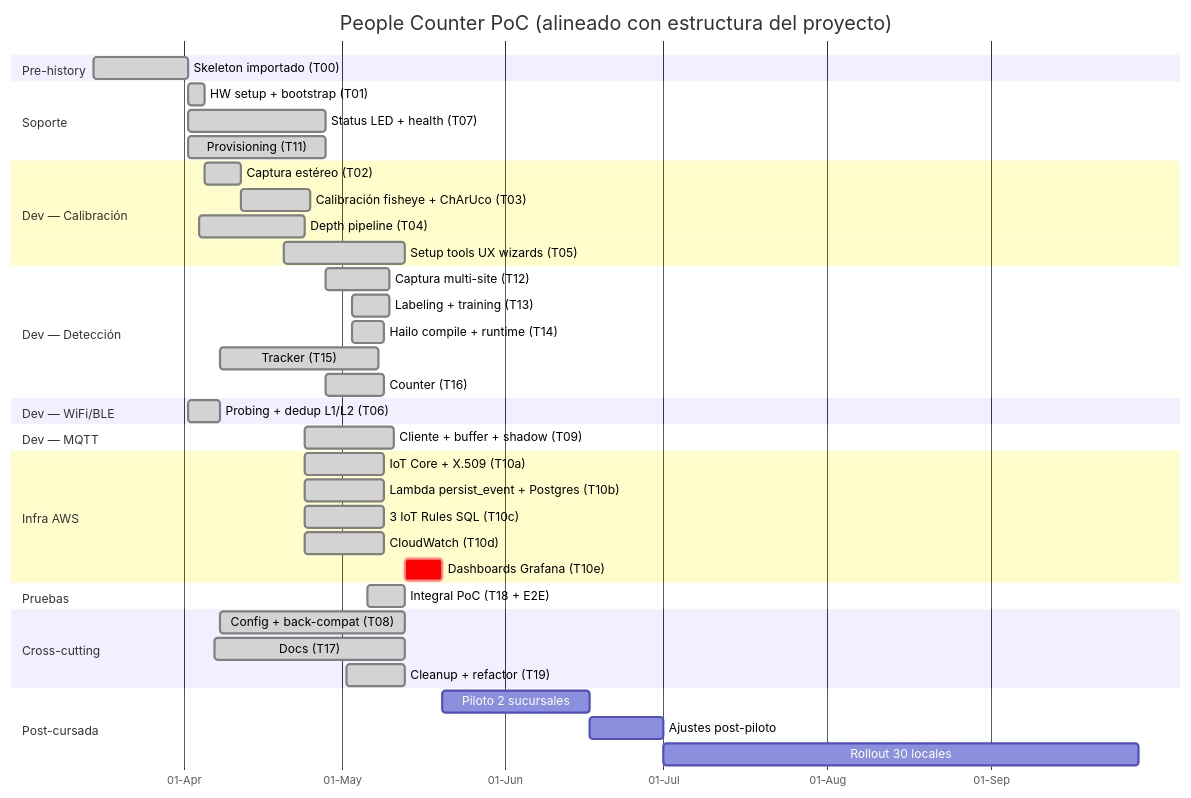
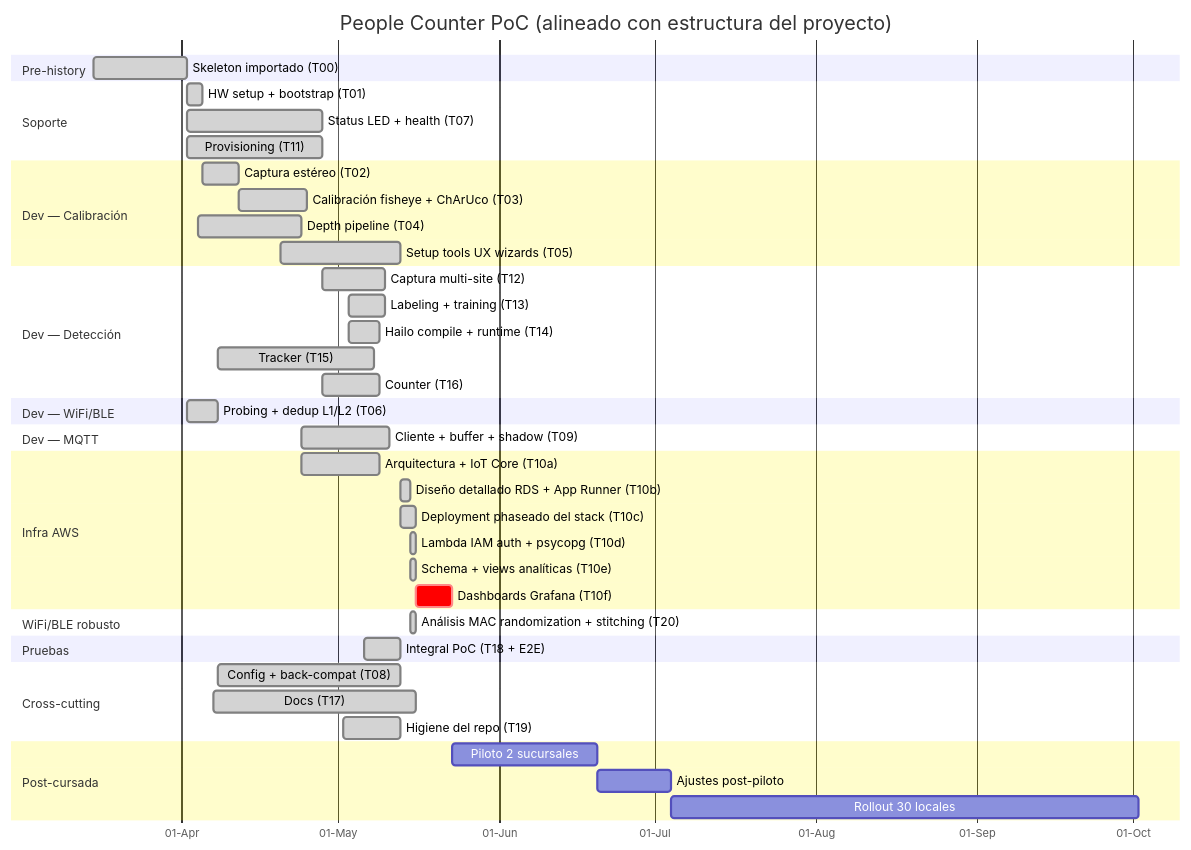
One commit to maurogasparri/people-counter changed the first of 2 diagrams in docs/project-gantt.md. Above: the diagram before and after it, drawn with Mermaid. The commit also changed other lines of this file, not shown here.

First line of the commit message:
[docs] (squash 3) docs(gantt): update post-cutoff (cloud bring-up + stitching) + analisis honesto

````diff
--- a/docs/project-gantt.md
+++ b/docs/project-gantt.md
@@ -363,53 +415,57 @@
 ```mermaid
 gantt
     title People Counter PoC (alineado con estructura del proyecto)
     dateFormat YYYY-MM-DD
     axisFormat %d-%b
 
     section Pre-history
     Skeleton importado (T00)              :done, t00, 2026-03-15, 18d
 
     section Soporte
     HW setup + bootstrap (T01)            :done, t01, after t00, 3d
     Status LED + health (T07)             :done, t07, 2026-04-02, 26d
     Provisioning (T11)                    :done, t11, 2026-04-02, 26d
 
     section Dev — Calibración
     Captura estéreo (T02)                 :done, t02, after t01, 7d
     Calibración fisheye + ChArUco (T03)   :done, t03, after t02, 13d
     Depth pipeline (T04)                  :done, t04, 2026-04-04, 20d
     Setup tools UX wizards (T05)          :done, t05, 2026-04-20, 23d
 
     section Dev — Detección
     Captura multi-site (T12)              :done, t12, 2026-04-28, 12d
     Labeling + training (T13)             :done, t13, 2026-05-03, 7d
     Hailo compile + runtime (T14)         :done, t14, 2026-05-03, 6d
     Tracker (T15)                         :done, t15, 2026-04-08, 30d
     Counter (T16)                         :done, t16, 2026-04-28, 11d
 
     section Dev — WiFi/BLE
     Probing + dedup L1/L2 (T06)           :done, t06, 2026-04-02, 6d
 
     section Dev — MQTT
     Cliente + buffer + shadow (T09)       :done, t09, 2026-04-24, 17d
 
     section Infra AWS
-    IoT Core + X.509 (T10a)               :done, t10a, 2026-04-24, 15d
-    Lambda persist_event + Postgres (T10b):done, t10b, 2026-04-24, 15d
-    3 IoT Rules SQL (T10c)                :done, t10c, 2026-04-24, 15d
-    CloudWatch (T10d)                     :done, t10d, 2026-04-24, 15d
-    Dashboards Grafana (T10e)             :crit, t10e, 2026-05-13, 7d
+    Arquitectura + IoT Core (T10a)        :done, t10a, 2026-04-24, 15d
+    Diseño detallado RDS + App Runner (T10b) :done, t10b, 2026-05-13, 2d
+    Deployment phaseado del stack (T10c)  :done, t10c, 2026-05-13, 3d
+    Lambda IAM auth + psycopg (T10d)      :done, t10d, 2026-05-15, 1d
+    Schema + views analíticas (T10e)      :done, t10e, 2026-05-15, 1d
+    Dashboards Grafana (T10f)             :crit, t10f, 2026-05-16, 7d
+
+    section WiFi/BLE robusto
+    Análisis MAC randomization + stitching (T20) :done, t20, 2026-05-15, 1d
 
     section Pruebas
     Integral PoC (T18 + E2E)              :done, t18, 2026-05-06, 7d
 
     section Cross-cutting
     Config + back-compat (T08)            :done, t08, 2026-04-08, 35d
-    Docs (T17)                            :done, t17, 2026-04-07, 36d
-    Cleanup + refactor (T19)              :done, t19, 2026-05-02, 11d
+    Docs (T17)                            :done, t17, 2026-04-07, 39d
+    Higiene del repo (T19)                :done, t19, 2026-05-02, 11d
 
     section Post-cursada
-    Piloto 2 sucursales                   :pilot, after t10e, 28d
+    Piloto 2 sucursales                   :pilot, after t10f, 28d
     Ajustes post-piloto                   :adjust, after pilot, 14d
     Rollout 30 locales                    :rollout, after adjust, 90d
 ```
````
